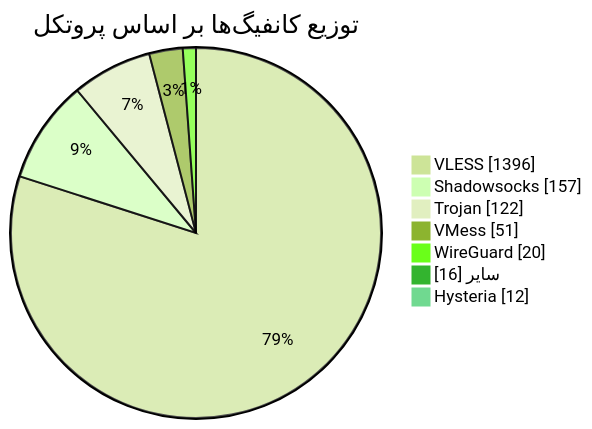
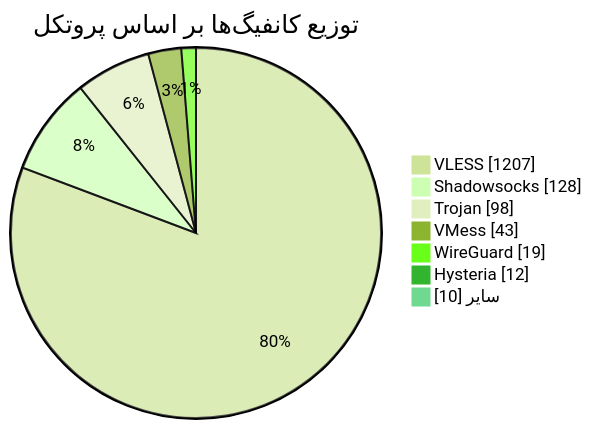
Before and after one commit to Arian-Alijani/Somthing: the diagram in README.md, drawn with Mermaid (forest theme). The commit also changed other lines of this file and 21 other files, not shown here.

````diff
--- a/README.md
+++ b/README.md
@@ -49,11 +49,11 @@
 ```mermaid
 pie showData
     title توزیع کانفیگ‌ها بر اساس پروتکل
-    "VLESS" : 1396
-    "Shadowsocks" : 157
-    "Trojan" : 122
-    "VMess" : 51
-    "WireGuard" : 20
-    "سایر" : 16
+    "VLESS" : 1207
+    "Shadowsocks" : 128
+    "Trojan" : 98
+    "VMess" : 43
+    "WireGuard" : 19
     "Hysteria" : 12
+    "سایر" : 10
 ```
````
